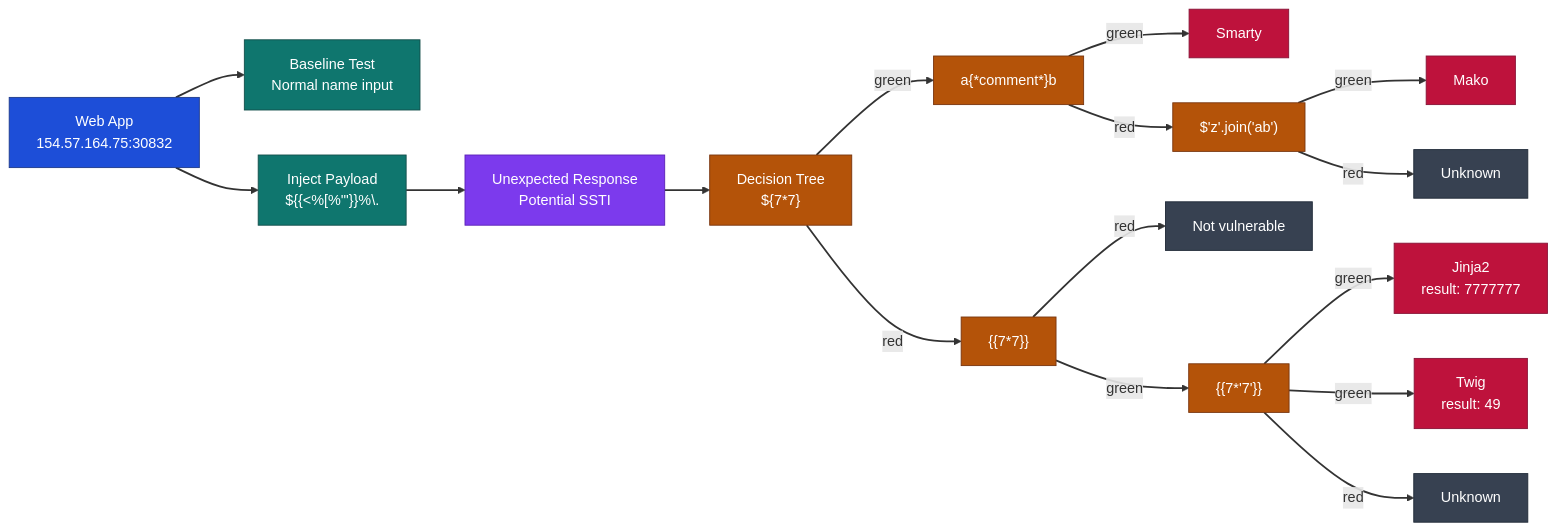
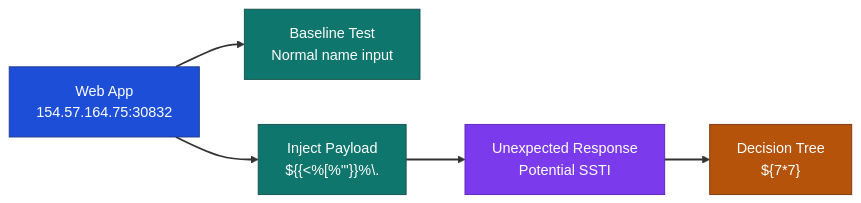
The diagram in HTB SSTI Template Engine Identification Writeup/README.md (jeyjelson/HackTheBox-TryHackMe-Writeups), drawn with Mermaid before and after one commit.

````diff
--- a/HTB SSTI Template Engine Identification Writeup/README.md
+++ b/HTB SSTI Template Engine Identification Writeup/README.md
@@ -19,39 +19,26 @@
 ```mermaid
 flowchart LR
     A["Web App<br/>154.57.164.75:30832"] --> B["Baseline Test<br/>Normal name input"]
     A --> C["Inject Payload<br/>${{&lt;%[%'&quot;}}%\."]
 
     C --> D["Unexpected Response<br/>Potential SSTI"]
 
     D --> E["Decision Tree<br/>${7*7}"]
 
-    E -->|"green"| F["a{*comment*}b"]
-    E -->|"red"| G["{{7*7}}"]
-
-    F -->|"green"| H["Smarty"]
-    F -->|"red"| I["$'z'.join('ab')"]
-    I -->|"green"| J["Mako"]
-    I -->|"red"| K["Unknown"]
-
-    G -->|"red"| L["Not vulnerable"]
-    G -->|"green"| M["{{7*'7'}}"]
-    M -->|"green"| N["Jinja2<br/>result: 7777777"]
-    M -->|"green"| O["Twig<br/>result: 49"]
-    M -->|"red"| P["Unknown"]
 
     classDef entry fill:#1d4ed8,stroke:#1e3a8a,color:#ffffff;
     classDef recon fill:#0f766e,stroke:#134e4a,color:#ffffff;
     classDef finding fill:#7c3aed,stroke:#5b21b6,color:#ffffff;
     classDef tool fill:#b45309,stroke:#78350f,color:#ffffff;
     classDef result fill:#be123c,stroke:#881337,color:#ffffff;
     classDef unknown fill:#374151,stroke:#1f2937,color:#ffffff;
 
     class A entry;
     class B,C recon;
     class D finding;
     class E,F,G,I,M tool;
     class H,J,N,O result;
     class K,L,P unknown;
 
     linkStyle default stroke-width:2px
 ```
````
